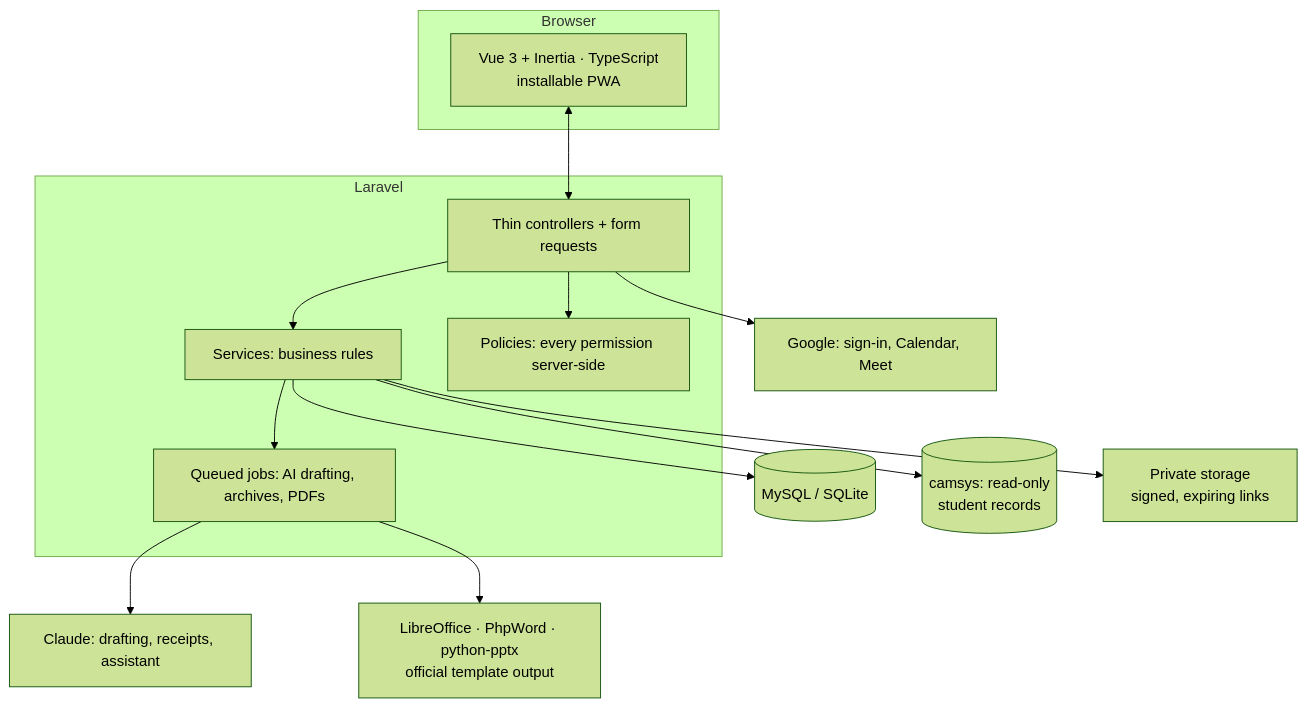
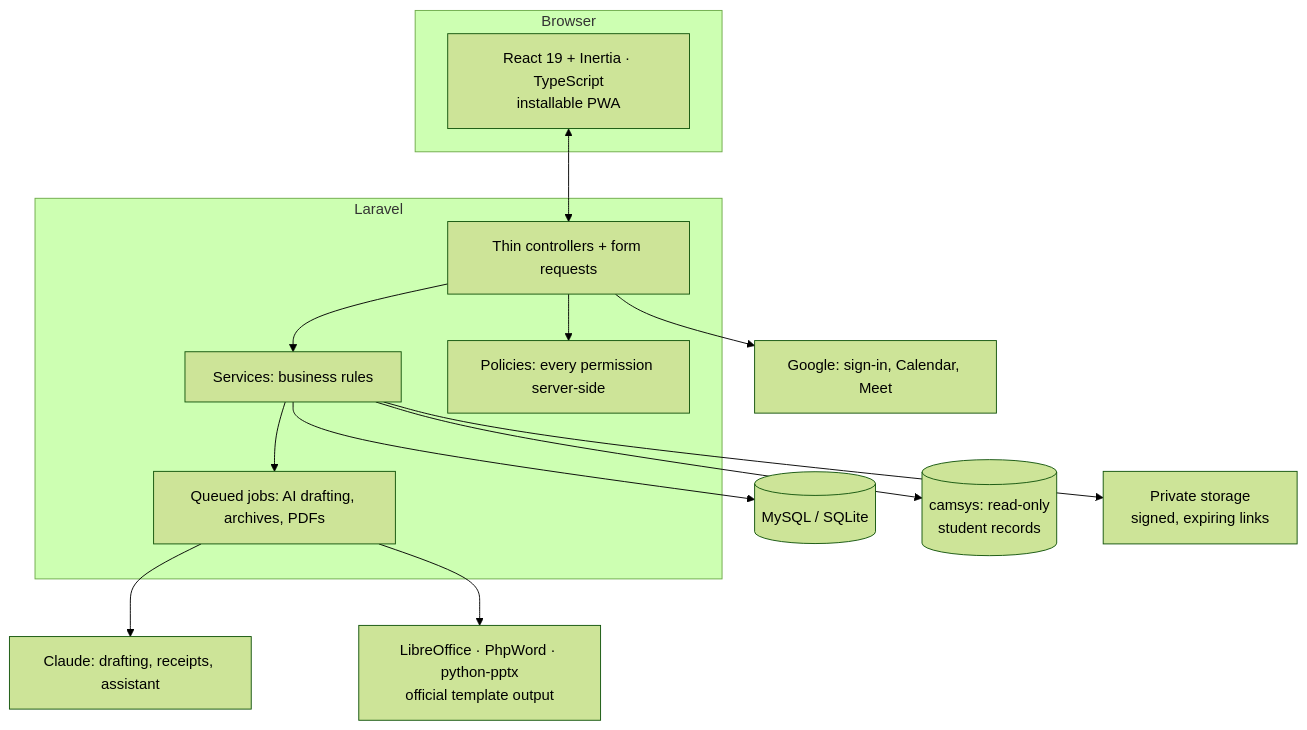
One commit to LeongJinZhou/qiu-sld-campus-hub changed the fourth of 4 diagrams in README.md. Above: the diagram before and after it, drawn with Mermaid (forest theme). The commit also changed other lines of this file and 8 other files, not shown here.

First line of the commit message:
chore: clean production package, Plesk deploy guide, database schema doc

````diff
--- a/README.md
+++ b/README.md
@@ -91,18 +73,18 @@
 ```mermaid
 flowchart TB
     subgraph Browser
-        V[Vue 3 + Inertia · TypeScript<br/>installable PWA]
+        V[React 19 + Inertia · TypeScript<br/>installable PWA]
     end
     subgraph Laravel
         C[Thin controllers + form requests] --> S[Services: business rules]
         C --> PO[Policies: every permission server-side]
         S --> Q[Queued jobs: AI drafting, archives, PDFs]
     end
     V <--> C
     S --> DB[(MySQL / SQLite)]
     S --> CS[(camsys: read-only<br/>student records)]
     S --> ST[Private storage<br/>signed, expiring links]
     Q --> AI[Claude: drafting, receipts, assistant]
     Q --> LO[LibreOffice · PhpWord · python-pptx<br/>official template output]
     C --> G[Google: sign-in, Calendar, Meet]
 ```
````
